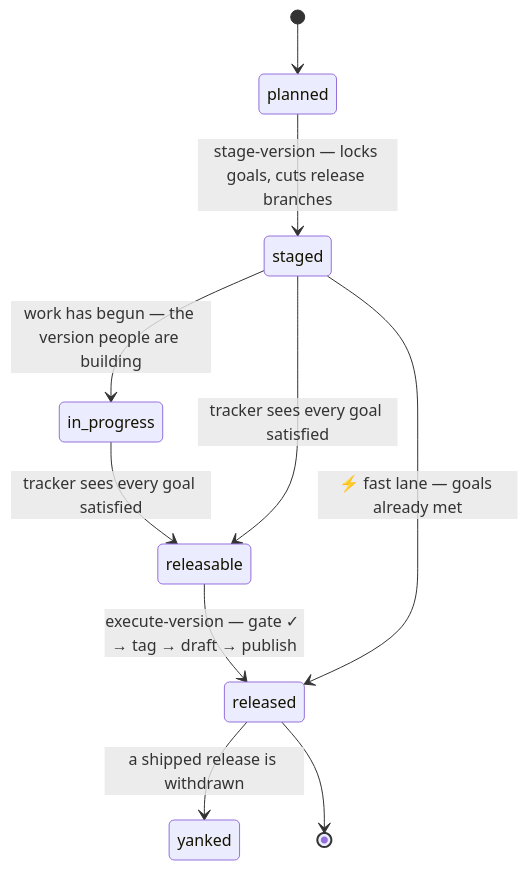
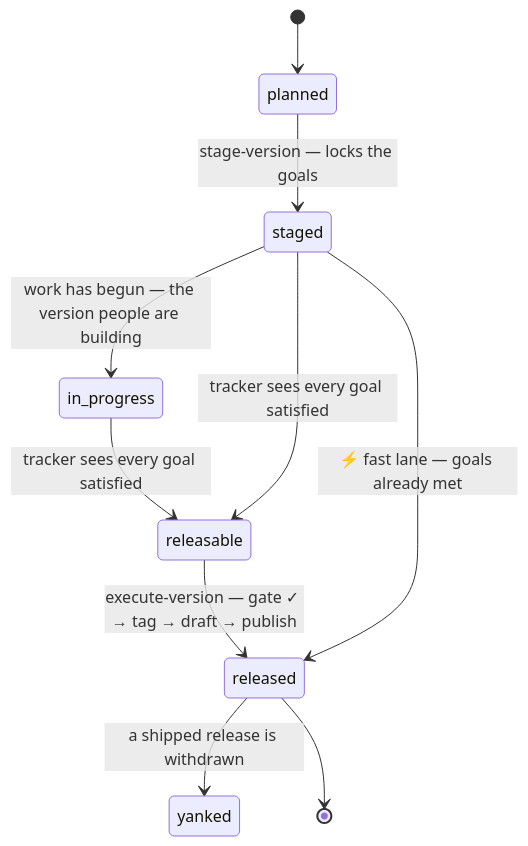
The diagram in 70-operations/staging.md (lemonfiber/spec), drawn with Mermaid before and after one commit. The commit also changed other lines of this file, not shown here.

First line of the commit message:
docs(operations): release from the trunk, as every release already has

````diff
--- a/70-operations/staging.md
+++ b/70-operations/staging.md
@@ -52,12 +52,12 @@
 ```mermaid
 stateDiagram-v2
     [*] --> planned
-    planned --> staged: stage-version — locks goals, cuts release branches
+    planned --> staged: stage-version — locks the goals
     staged --> in_progress: work has begun — the version people are building
     in_progress --> releasable: tracker sees every goal satisfied
     staged --> releasable: tracker sees every goal satisfied
     releasable --> released: execute-version — gate ✓ → tag → draft → publish
     staged --> released: ⚡ fast lane — goals already met
     released --> yanked: a shipped release is withdrawn
     released --> [*]
 ```
````
